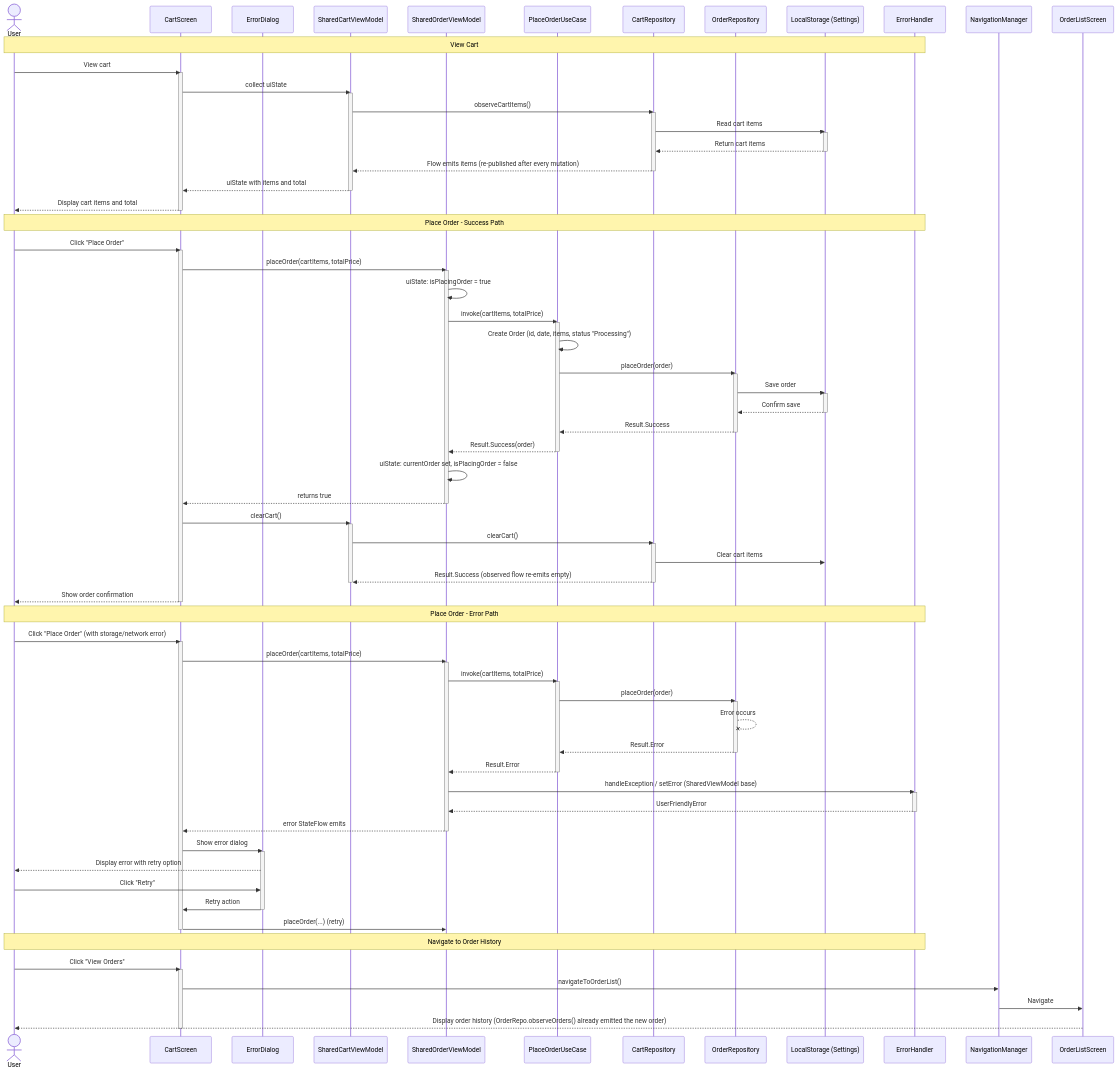
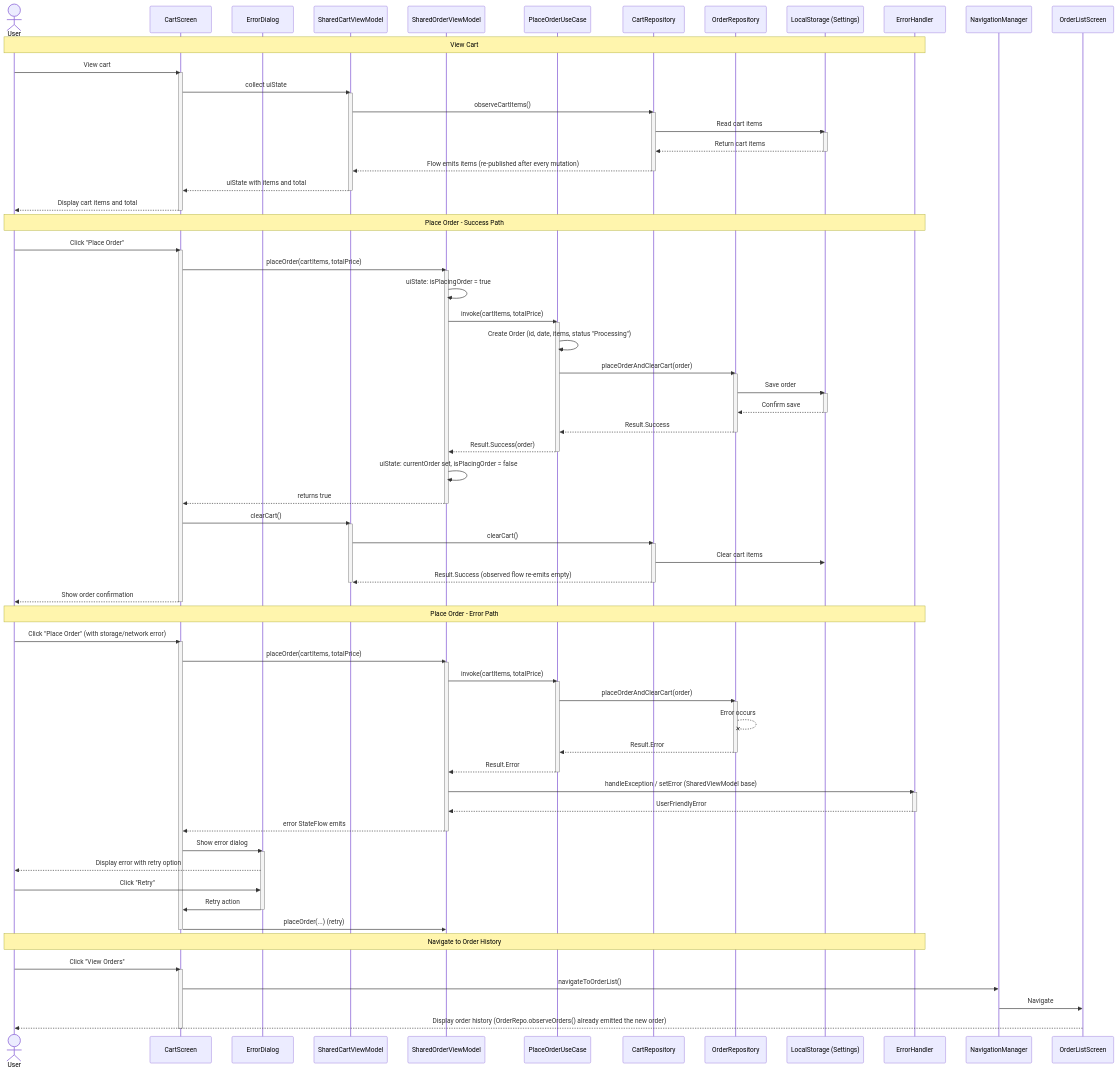
One commit to robto09/CocktailCraft changed the diagram in docs/images/mermaid/sequence_diagram_place_order.md. Above: the diagram before and after it, drawn with Mermaid. The commit also changed other lines of this file and 43 other files, not shown here.

```diff
--- a/docs/images/mermaid/sequence_diagram_place_order.md
+++ b/docs/images/mermaid/sequence_diagram_place_order.md
@@ -42,7 +42,7 @@
     OrderVM->>UC: invoke(cartItems, totalPrice)
     activate UC
     UC->>UC: Create Order (id, date, items, status "Processing")
-    UC->>OrderRepo: placeOrder(order)
+    UC->>OrderRepo: placeOrderAndClearCart(order)
     activate OrderRepo
     OrderRepo->>Storage: Save order
     activate Storage
@@ -74,7 +74,7 @@
     activate OrderVM
     OrderVM->>UC: invoke(cartItems, totalPrice)
     activate UC
-    UC->>OrderRepo: placeOrder(order)
+    UC->>OrderRepo: placeOrderAndClearCart(order)
     activate OrderRepo
     OrderRepo--xOrderRepo: Error occurs
     OrderRepo-->>UC: Result.Error
```
